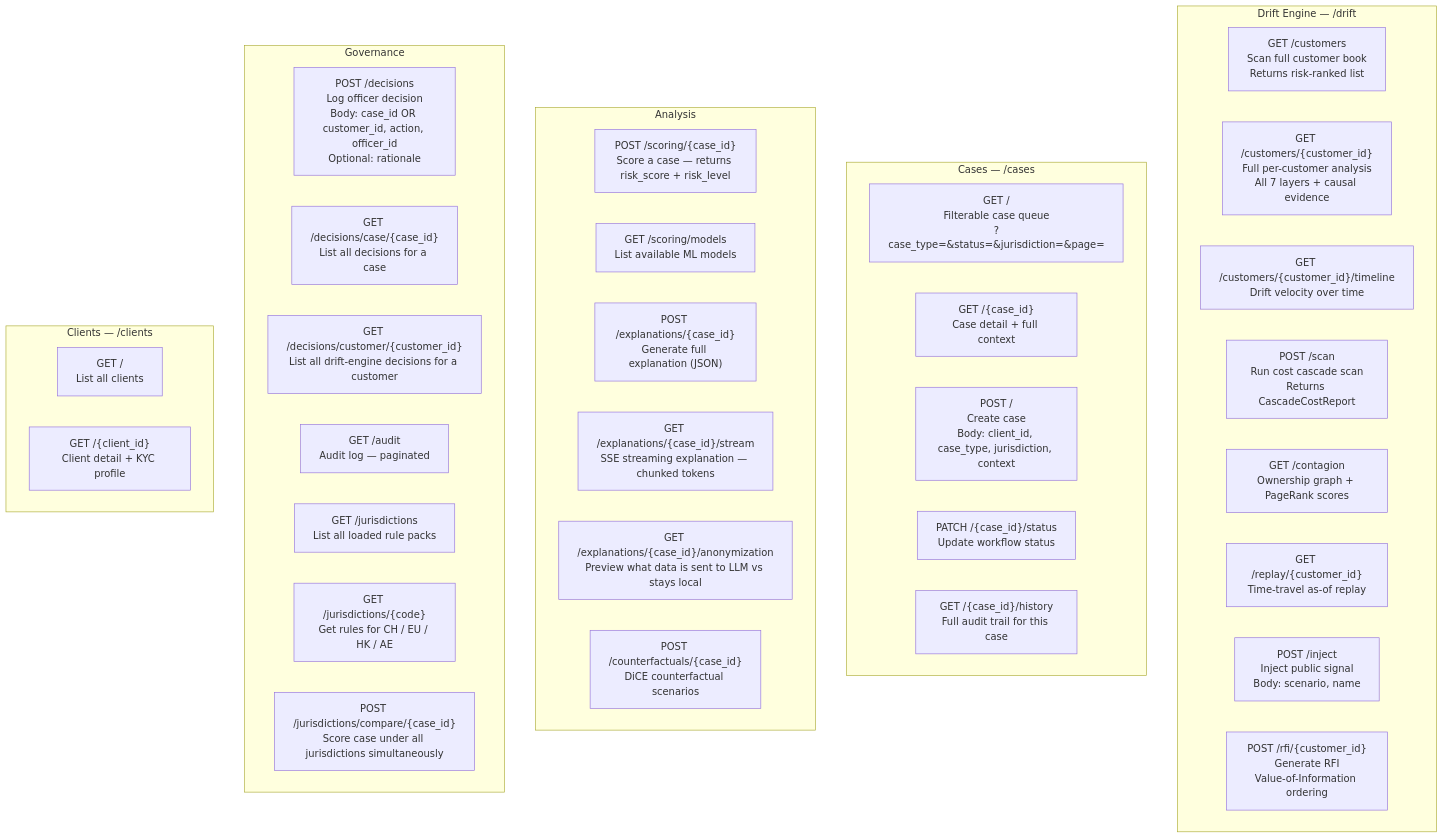
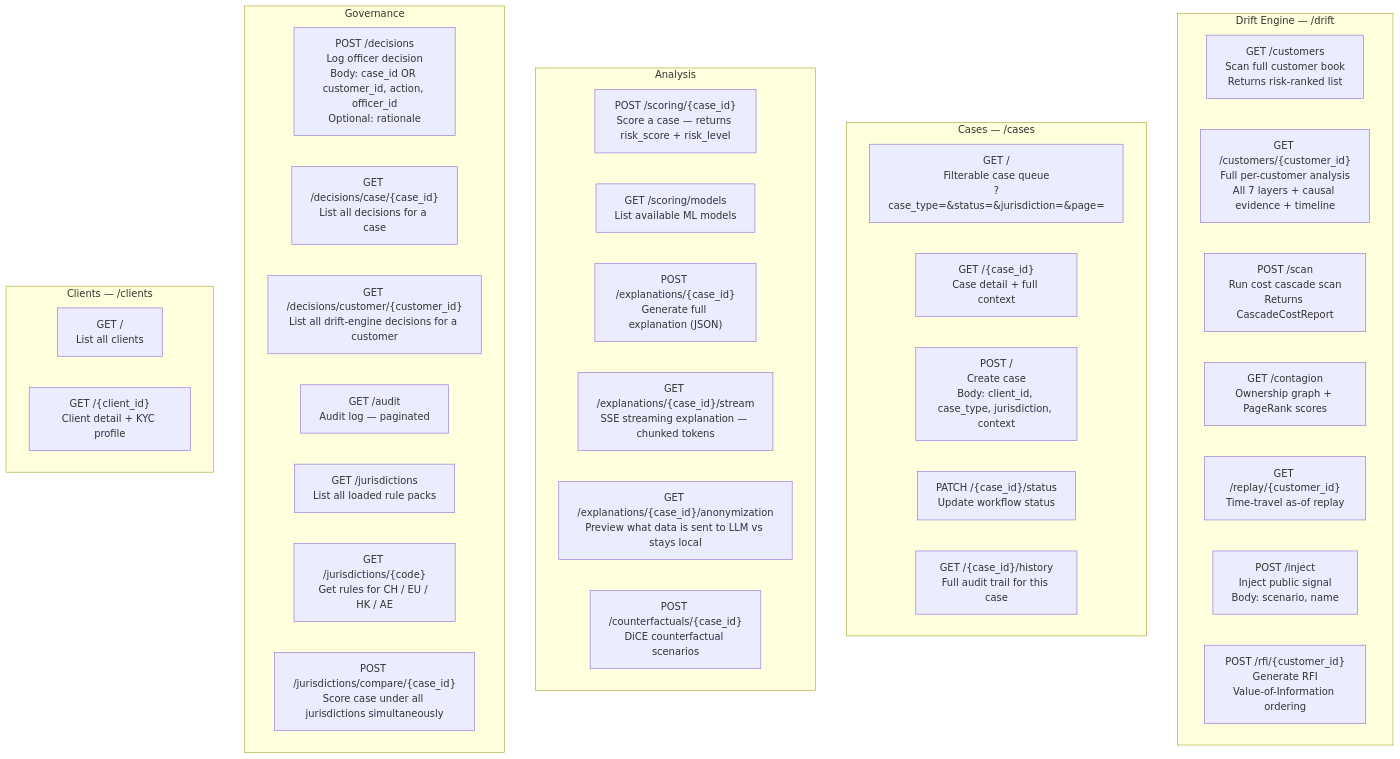
The first of 3 diagrams in docs/api.md (SteveDok22/Swisshacks-2026), drawn with Mermaid before and after one commit. The commit also changed other lines of this file and 9 other files, not shown here.

````diff
--- a/docs/api.md
+++ b/docs/api.md
@@ -9,45 +9,44 @@
 ```mermaid
 flowchart TB
     subgraph Drift["Drift Engine  — /drift"]
         D1["GET /customers\nScan full customer book\nReturns risk-ranked list"]
-        D2["GET /customers/{customer_id}\nFull per-customer analysis\nAll 7 layers + causal evidence"]
-        D3["GET /customers/{customer_id}/timeline\nDrift velocity over time"]
-        D4["POST /scan\nRun cost cascade scan\nReturns CascadeCostReport"]
-        D5["GET /contagion\nOwnership graph + PageRank scores"]
-        D6["GET /replay/{customer_id}\nTime-travel as-of replay"]
-        D7["POST /inject\nInject public signal\nBody: scenario, name"]
-        D8["POST /rfi/{customer_id}\nGenerate RFI\nValue-of-Information ordering"]
+        D2["GET /customers/{customer_id}\nFull per-customer analysis\nAll 7 layers + causal evidence + timeline"]
+        D3["POST /scan\nRun cost cascade scan\nReturns CascadeCostReport"]
+        D4["GET /contagion\nOwnership graph + PageRank scores"]
+        D5["GET /replay/{customer_id}\nTime-travel as-of replay"]
+        D6["POST /inject\nInject public signal\nBody: scenario, name"]
+        D7["POST /rfi/{customer_id}\nGenerate RFI\nValue-of-Information ordering"]
     end
 
     subgraph Cases["Cases  — /cases"]
         C1["GET /\nFilterable case queue\n?case_type=&status=&jurisdiction=&page="]
         C2["GET /{case_id}\nCase detail + full context"]
         C3["POST /\nCreate case\nBody: client_id, case_type, jurisdiction, context"]
         C4["PATCH /{case_id}/status\nUpdate workflow status"]
         C5["GET /{case_id}/history\nFull audit trail for this case"]
     end
 
     subgraph Analysis["Analysis"]
         A1["POST /scoring/{case_id}\nScore a case — returns risk_score + risk_level"]
         A2["GET /scoring/models\nList available ML models"]
         A3["POST /explanations/{case_id}\nGenerate full explanation (JSON)"]
         A4["GET /explanations/{case_id}/stream\nSSE streaming explanation — chunked tokens"]
         A5["GET /explanations/{case_id}/anonymization\nPreview what data is sent to LLM vs stays local"]
         A6["POST /counterfactuals/{case_id}\nDiCE counterfactual scenarios"]
     end
 
     subgraph Governance["Governance"]
         G1["POST /decisions\nLog officer decision\nBody: case_id OR customer_id, action, officer_id\nOptional: rationale"]
         G2["GET /decisions/case/{case_id}\nList all decisions for a case"]
         G7["GET /decisions/customer/{customer_id}\nList all drift-engine decisions for a customer"]
         G3["GET /audit\nAudit log — paginated"]
         G4["GET /jurisdictions\nList all loaded rule packs"]
         G5["GET /jurisdictions/{code}\nGet rules for CH / EU / HK / AE"]
         G6["POST /jurisdictions/compare/{case_id}\nScore case under all jurisdictions simultaneously"]
     end
 
     subgraph Clients["Clients  — /clients"]
         CL1["GET /\nList all clients"]
         CL2["GET /{client_id}\nClient detail + KYC profile"]
     end
 ```
````
